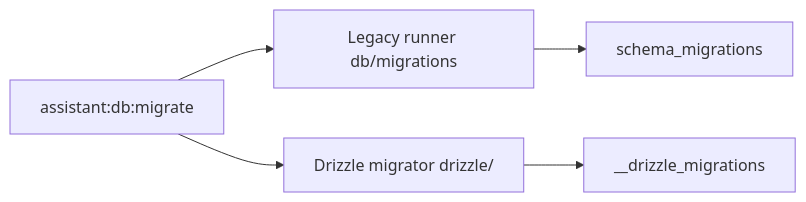
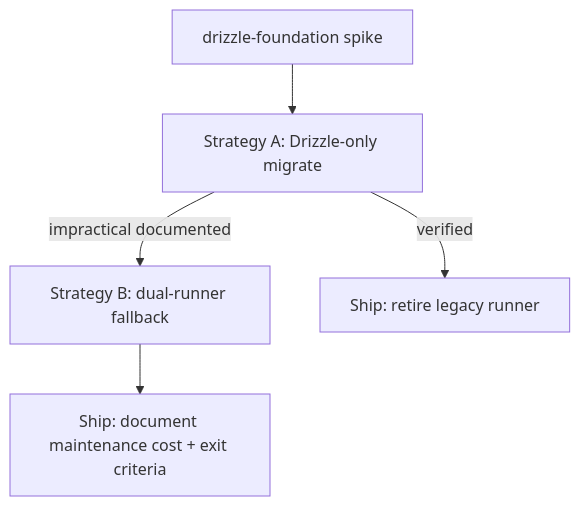
One commit to mastermichaelt/portfolio changed the second of 2 diagrams in .cursor/plans/2026-10-08-assistant-grounded-rag-generation.plan.md. Above: the diagram before and after it, drawn with Mermaid. The commit also changed other lines of this file, not shown here.

First line of the commit message:
Plan: prioritize single-authority Drizzle migration strategy.

````diff
--- a/.cursor/plans/2026-10-08-assistant-grounded-rag-generation.plan.md
+++ b/.cursor/plans/2026-10-08-assistant-grounded-rag-generation.plan.md
@@ -438,10 +451,10 @@
 ```mermaid
-flowchart LR
-  migrateCmd["assistant:db:migrate"]
-  legacy["Legacy runner db/migrations"]
-  legacyTable["schema_migrations"]
-  drizzleRun["Drizzle migrator drizzle/"]
-  drizzleTable["__drizzle_migrations"]
-  migrateCmd --> legacy --> legacyTable
-  migrateCmd --> drizzleRun --> drizzleTable
+flowchart TD
+  spike["drizzle-foundation spike"]
+  strategyA["Strategy A: Drizzle-only migrate"]
+  strategyB["Strategy B: dual-runner fallback"]
+  spike --> strategyA
+  strategyA -->|verified| shipA["Ship: retire legacy runner"]
+  strategyA -->|impractical documented| strategyB
+  strategyB --> shipB["Ship: document maintenance cost + exit criteria"]
 ```
````
